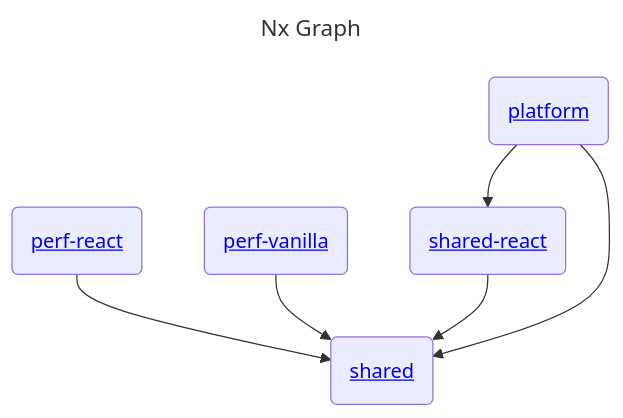
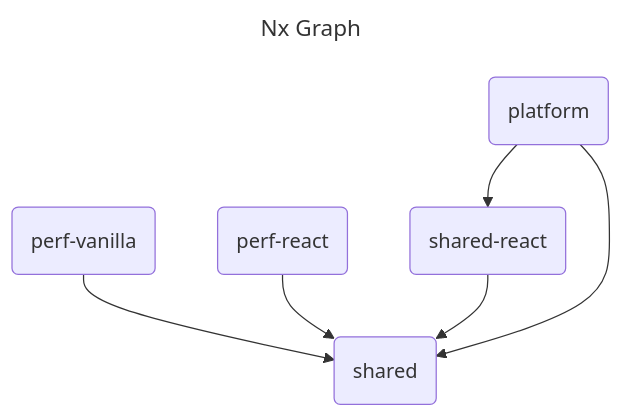
The diagram in README.md (BiblioNexus-Foundation/scripture-editors), drawn with Mermaid before and after one commit. The commit also changed other lines of this file and 5 other files, not shown here.

````diff
--- a/README.md
+++ b/README.md
@@ -43,11 +43,11 @@
 ```mermaid
 ---
 title: Nx Graph
 ---
 graph TB
-  R(<a href='/BiblioNexus-Foundation/scripture-editors/tree/main/packages/perf-react'>perf-react</a>) --> S(<a href='/BiblioNexus-Foundation/scripture-editors/tree/main/packages/shared'>shared</a>)
-  V(<a href='/BiblioNexus-Foundation/scripture-editors/tree/main/packages/perf-vanilla'>perf-vanilla</a>) --> S
-  P(<a href='/BiblioNexus-Foundation/scripture-editors/tree/main/packages/platform'>platform</a>) --> SR
-  SR(<a href='/BiblioNexus-Foundation/scripture-editors/tree/main/packages/shared-react'>shared-react</a>) --> S
+  V(perf-vanilla) --> S(shared)
+  R(perf-react) --> S
+  P(platform) --> SR
+  SR(shared-react) --> S
   P --> S
 ```
````
